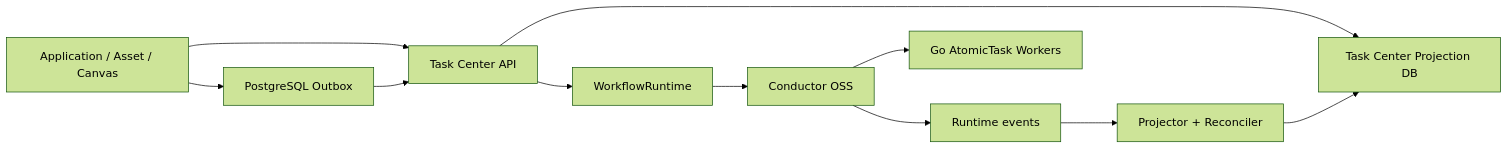
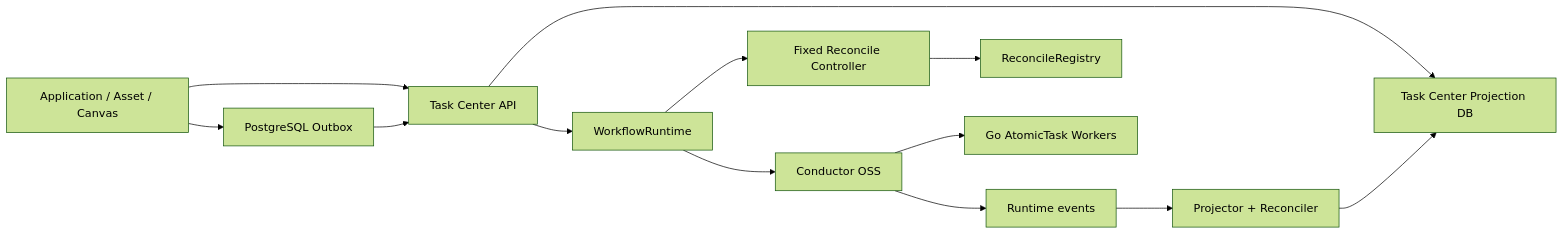
Before and after one commit to wangweihong/omnimam-spec: the diagram in 02_architecture/domains/task-center.md, drawn with Mermaid (forest theme). The commit also changed other lines of this file and 11 other files, not shown here.

````diff
--- a/02_architecture/domains/task-center.md
+++ b/02_architecture/domains/task-center.md
@@ -7,13 +7,15 @@
 ```mermaid
 flowchart LR
   Producers["Application / Asset / Canvas"] --> API["Task Center API"]
   Producers --> Outbox["PostgreSQL Outbox"]
   Outbox --> API
   API --> DB["Task Center Projection DB"]
   API --> Runtime["WorkflowRuntime"]
+  Runtime --> Reconcile["Fixed Reconcile Controller"]
+  Reconcile --> Registry["ReconcileRegistry"]
   Runtime --> Conductor["Conductor OSS"]
   Conductor --> Workers["Go AtomicTask Workers"]
   Conductor --> Events["Runtime events"]
   Events --> Projector["Projector + Reconciler"]
   Projector --> DB
 ```
````
